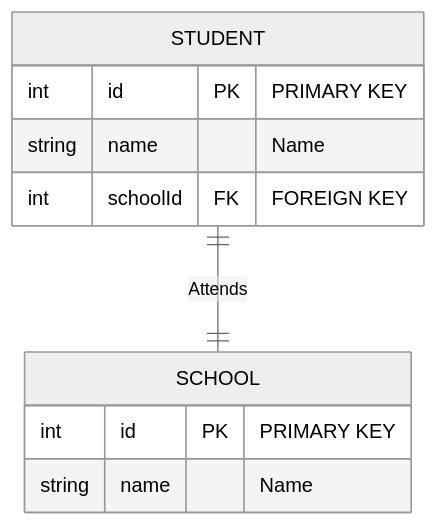
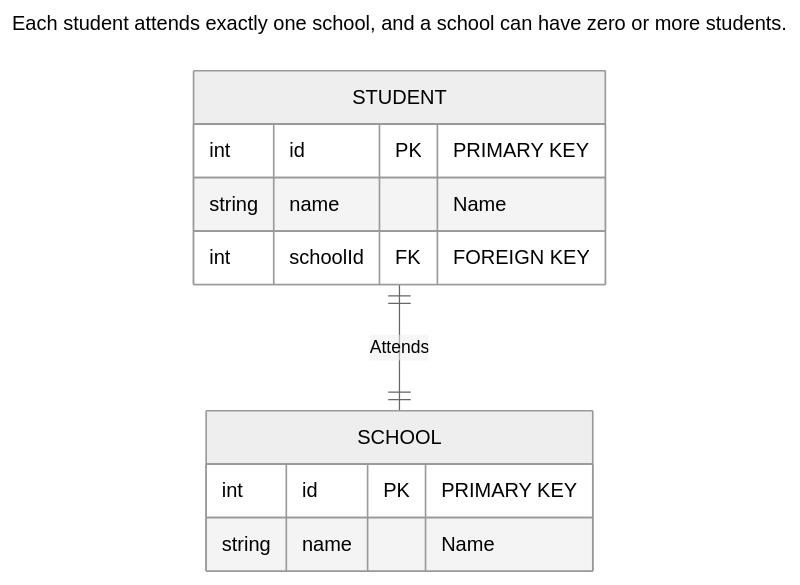
Before and after one commit to ahauser16/express-pg-relationship-demo: the sixth of 7 diagrams in README.MD, drawn with Mermaid (neutral theme). The commit also changed other lines of this file, not shown here.

Commit message:
update README.MD file with better diagrams

````diff
--- a/README.MD
+++ b/README.MD
@@ -349,13 +355,16 @@
 ```mermaid
+---
+title: "Each student attends exactly one school, and a school can have zero or more students."
+---
 erDiagram
     STUDENT {
         int id PK "PRIMARY KEY"
         string name "Name"
         int schoolId FK "FOREIGN KEY"
     }
     SCHOOL {
         int id PK "PRIMARY KEY"
         string name "Name"
     }
     STUDENT ||--|| SCHOOL : "Attends"
 ```
````
